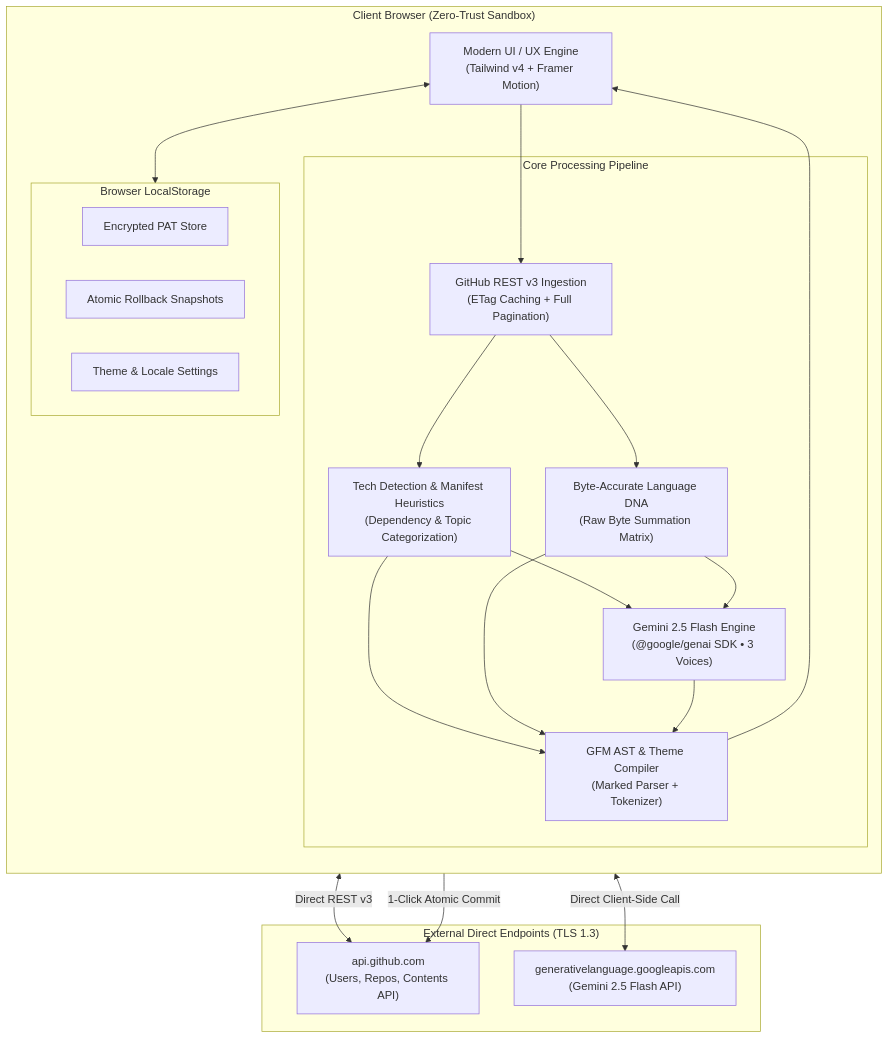
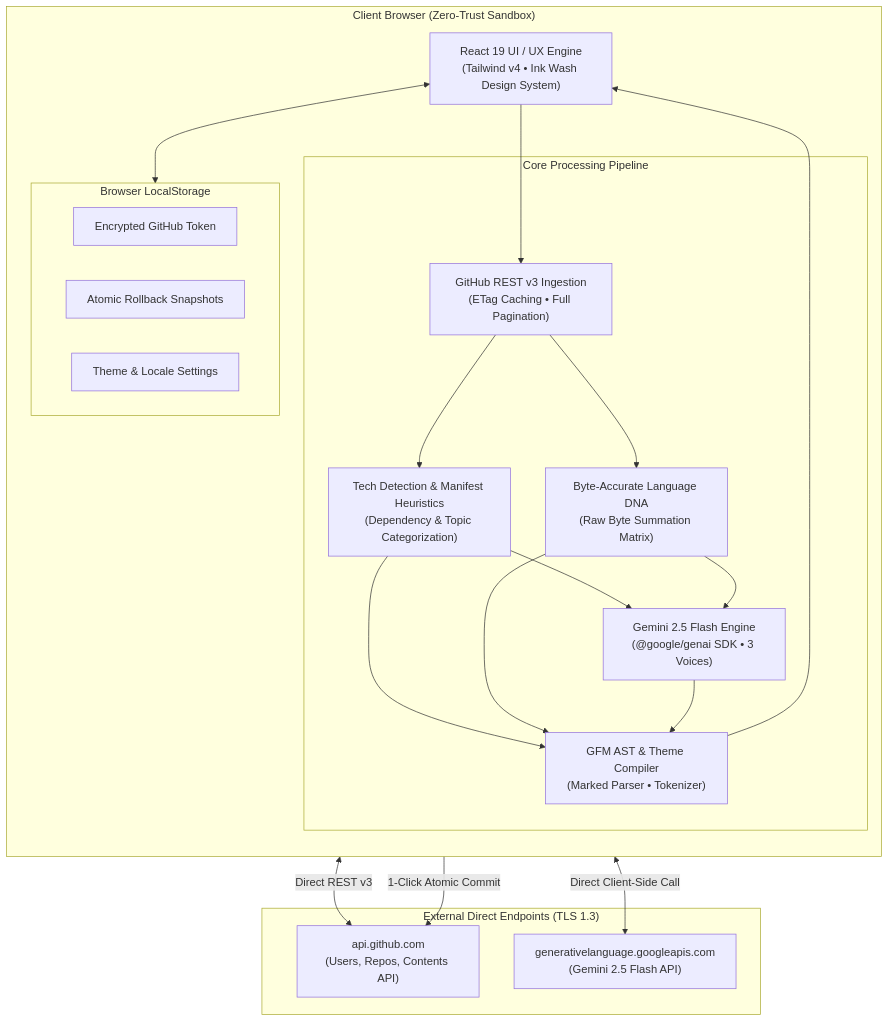
One commit to Bavly-Hamdy/readme-studio changed the first of 2 diagrams in README.md. Above: the diagram before and after it, drawn with Mermaid. The commit also changed other lines of this file, not shown here.

Commit message:
docs: update enterprise README with architecture, workflow and screenshots

````diff
--- a/README.md
+++ b/README.md
@@ -52,44 +79,44 @@
 ```mermaid
 flowchart TB
     subgraph ClientBrowser [" Client Browser (Zero-Trust Sandbox) "]
         direction TB
-        UI["Modern UI / UX Engine<br/>(Tailwind v4 + Framer Motion)"]
+        UIEngine["React 19 UI / UX Engine<br/>(Tailwind v4 • Ink Wash Design System)"]
         
-        subgraph CoreServices [" Core Processing Pipeline "]
-            IngestEngine["GitHub REST v3 Ingestion<br/>(ETag Caching + Full Pagination)"]
+        subgraph Pipeline [" Core Processing Pipeline "]
+            IngestEngine["GitHub REST v3 Ingestion<br/>(ETag Caching • Full Pagination)"]
             ASTParser["Tech Detection & Manifest Heuristics<br/>(Dependency & Topic Categorization)"]
             DNASummarizer["Byte-Accurate Language DNA<br/>(Raw Byte Summation Matrix)"]
             GeminiSynthesizer["Gemini 2.5 Flash Engine<br/>(@google/genai SDK • 3 Voices)"]
-            MarkdownAST["GFM AST & Theme Compiler<br/>(Marked Parser + Tokenizer)"]
+            MarkdownAST["GFM AST & Theme Compiler<br/>(Marked Parser • Tokenizer)"]
         end
 
         subgraph LocalPersistence [" Browser LocalStorage "]
-            LocalPAT["Encrypted PAT Store"]
+            LocalPAT["Encrypted GitHub Token"]
             LocalSnapshots["Atomic Rollback Snapshots"]
             LocalSettings["Theme & Locale Settings"]
         end
     end
 
     subgraph ExternalAPIs [" External Direct Endpoints (TLS 1.3) "]
         GitHubAPI["api.github.com<br/>(Users, Repos, Contents API)"]
         GoogleAI["generativelanguage.googleapis.com<br/>(Gemini 2.5 Flash API)"]
     end
 
-    UI --> IngestEngine
+    UIEngine --> IngestEngine
     IngestEngine <-->|Direct REST v3| GitHubAPI
     IngestEngine --> ASTParser
     IngestEngine --> DNASummarizer
     
     ASTParser --> GeminiSynthesizer
     DNASummarizer --> GeminiSynthesizer
     GeminiSynthesizer <-->|Direct Client-Side Call| GoogleAI
     
     ASTParser --> MarkdownAST
     DNASummarizer --> MarkdownAST
     GeminiSynthesizer --> MarkdownAST
     
-    MarkdownAST --> UI
+    MarkdownAST --> UIEngine
     
-    UI -->|1-Click Atomic Commit| GitHubAPI
-    UI <--> LocalPersistence
+    UIEngine -->|1-Click Atomic Commit| GitHubAPI
+    UIEngine <--> LocalPersistence
 ```
````
